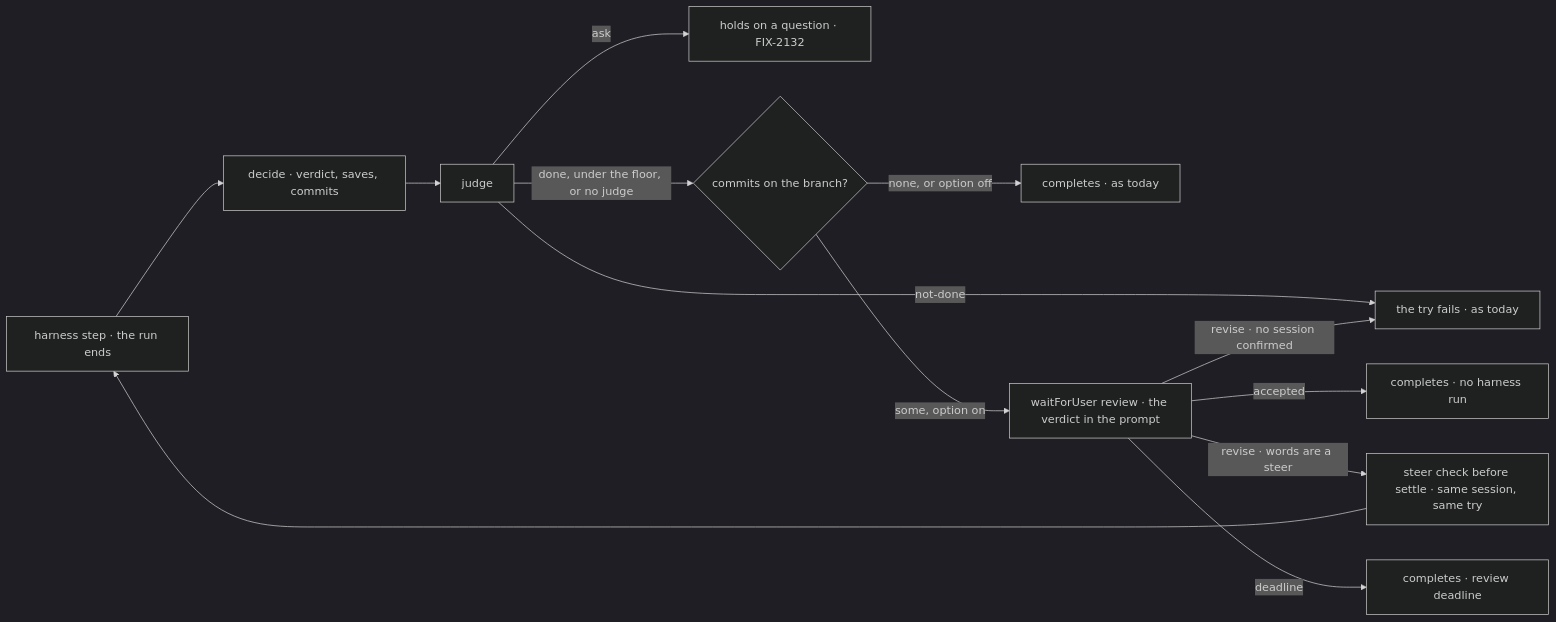
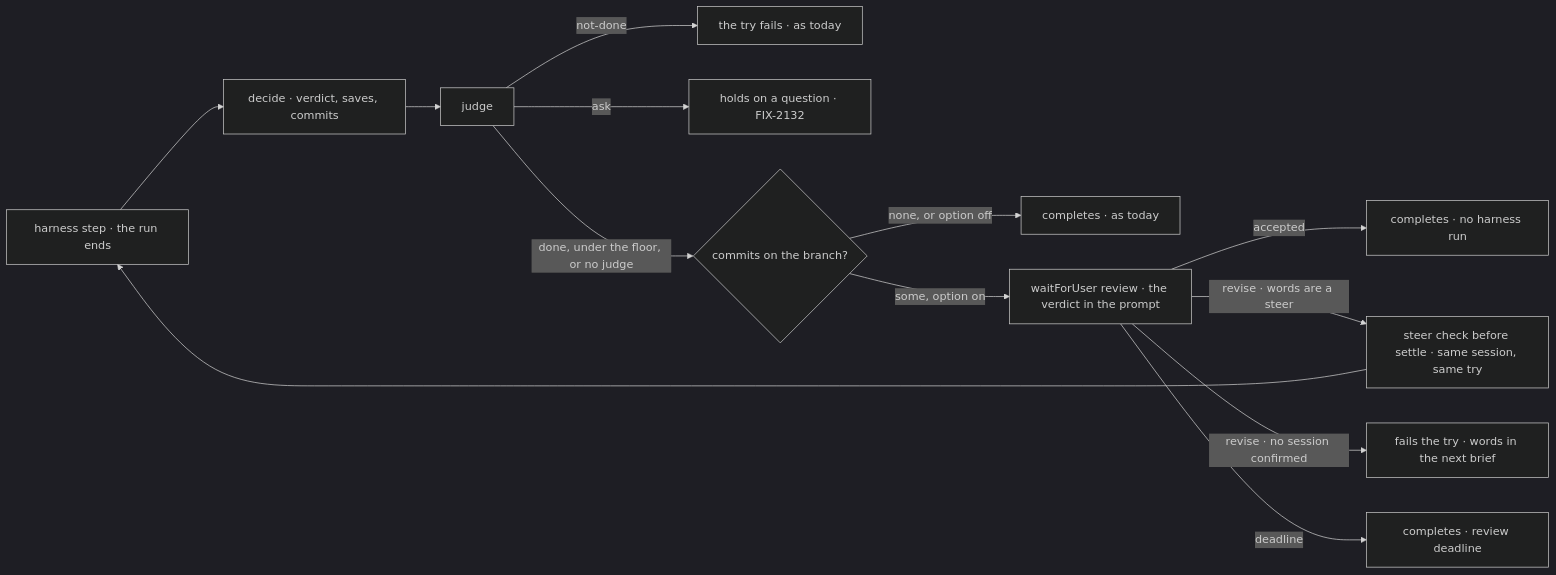
One commit to fixpoint-labs/flow-state-dev changed the second of 2 diagrams in specs/issues/FIX-2163/SPEC.md. Above: the diagram before and after it, drawn with Mermaid (dark theme). The commit also changed other lines of this file, not shown here.

Commit message:
FIX-2163 spec: label the no-session revision edge, fix leg c′ punctuation
Claude-Session: https://claude.ai/code/session_01MUTV5ao7ZMd4cbutkE7bpe

````diff
--- a/specs/issues/FIX-2163/SPEC.md
+++ b/specs/issues/FIX-2163/SPEC.md
@@ -105,15 +105,15 @@
 ```mermaid
 flowchart LR
   R["harness step · the run ends"] --> V["decide · verdict, saves, commits"]
   V --> J["judge"]
   J -->|"not-done"| X["the try fails · as today"]
   J -->|"ask"| Q["holds on a question · FIX-2132"]
   J -->|"done, under the floor, or no judge"| C{"commits on the branch?"}
   C -->|"none, or option off"| D["completes · as today"]
   C -->|"some, option on"| W["waitForUser review · the verdict in the prompt"]
   W -->|"accepted"| D2["completes · no harness run"]
   W -->|"revise · words are a steer"| S["steer check before settle · same session, same try"]
   S --> R
-  W -->|"revise · no session confirmed"| X
+  W -->|"revise · no session confirmed"| X2["fails the try · words in the next brief"]
   W -->|"deadline"| D3["completes · review deadline"]
 ```
````
